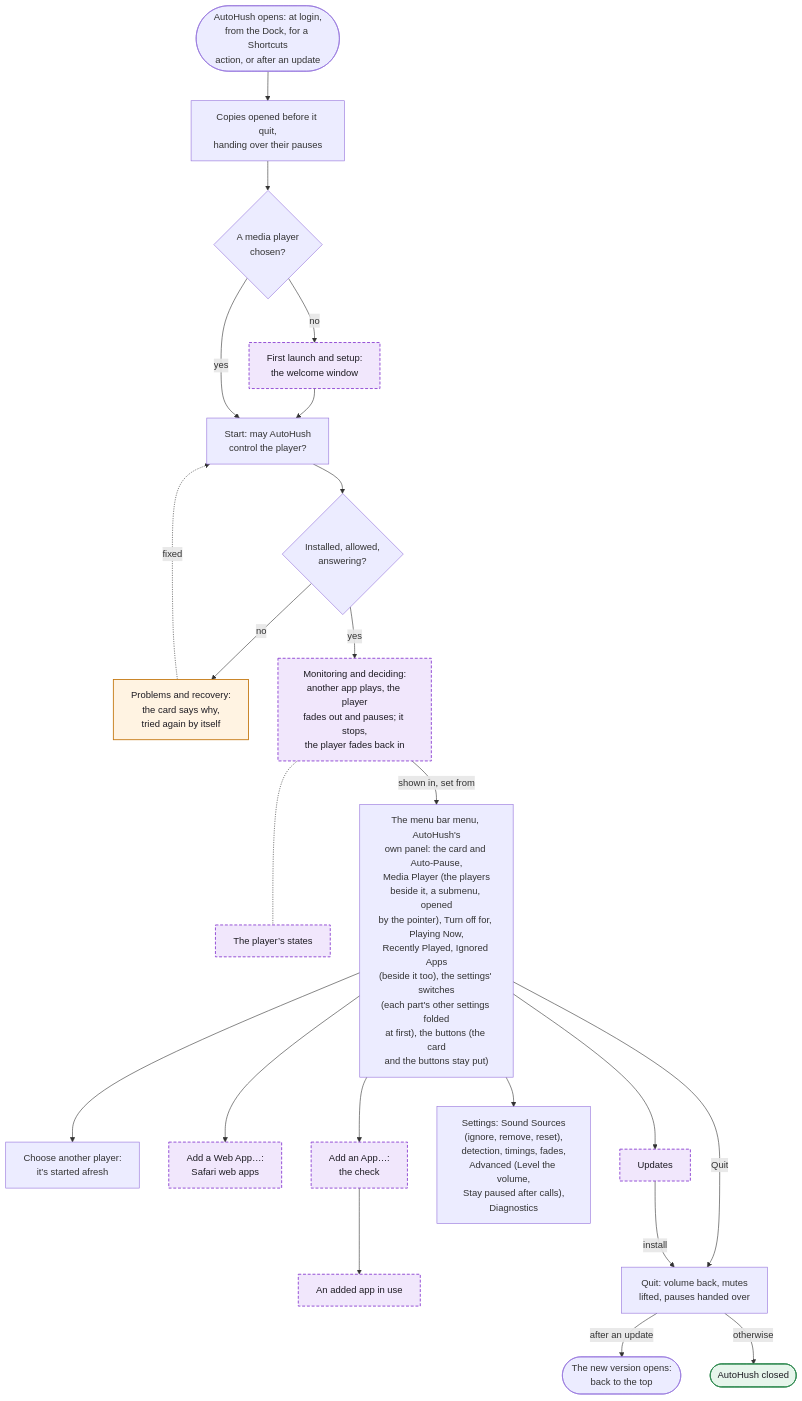
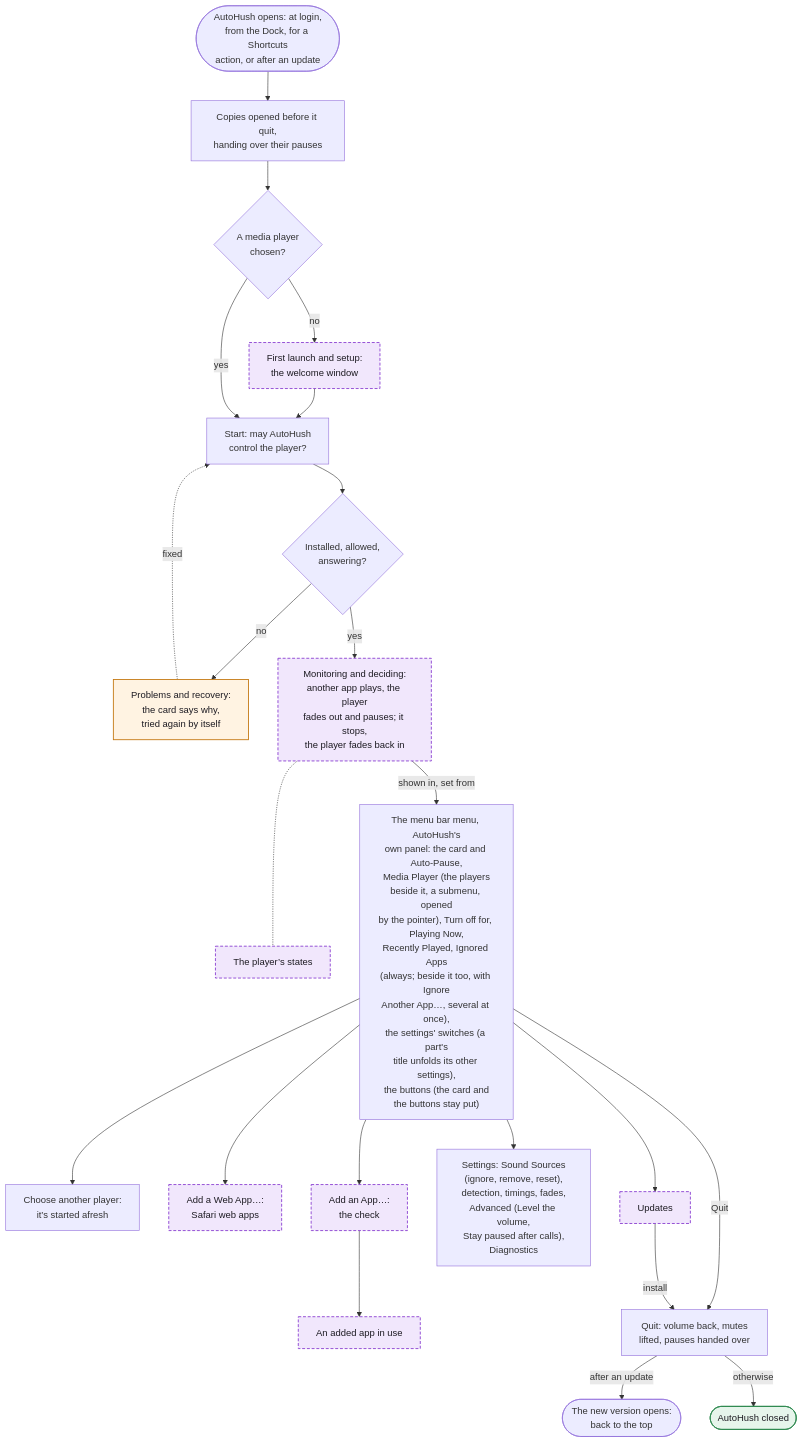
Before and after one commit to hfustercabre/AutoHush: the first of 14 diagrams in WORKFLOWS.md, drawn with Mermaid. The commit also changed other lines of this file, not shown here.

Commit message:
docs: the workflow charts follow the menu's latest changes
The overview's menu: Ignored Apps always there, with Ignore Another App…
for several apps at once, and a part's title unfolding its other settings.
What else changes monitoring: a click on the card turns Auto-Pause off too.

````diff
--- a/WORKFLOWS.md
+++ b/WORKFLOWS.md
@@ -24,48 +24,48 @@
 ```mermaid
 flowchart TD
   L(["AutoHush opens: at login,<br/>from the Dock, for a Shortcuts<br/>action, or after an update"])
   O["Copies opened before it quit,<br/>handing over their pauses"]
   C{"A media player<br/>chosen?"}
   W["First launch and setup:<br/>the welcome window"]
   S["Start: may AutoHush<br/>control the player?"]
   P{"Installed, allowed,<br/>answering?"}
   R["Problems and recovery:<br/>the card says why,<br/>tried again by itself"]
   M["Monitoring and deciding:<br/>another app plays, the player<br/>fades out and pauses; it stops,<br/>the player fades back in"]
   ST["The player’s states"]
-  MENU["The menu bar menu, AutoHush's<br/>own panel: the card and Auto-Pause,<br/>Media Player (the players<br/>beside it, a submenu, opened<br/>by the pointer), Turn off for, Playing Now,<br/>Recently Played, Ignored Apps<br/>(beside it too), the settings' switches<br/>(each part's other settings folded<br/>at first), the buttons (the card<br/>and the buttons stay put)"]
+  MENU["The menu bar menu, AutoHush's<br/>own panel: the card and Auto-Pause,<br/>Media Player (the players<br/>beside it, a submenu, opened<br/>by the pointer), Turn off for, Playing Now,<br/>Recently Played, Ignored Apps<br/>(always; beside it too, with Ignore<br/>Another App…, several at once),<br/>the settings' switches (a part's<br/>title unfolds its other settings),<br/>the buttons (the card and<br/>the buttons stay put)"]
   CH["Choose another player:<br/>it’s started afresh"]
   WA["Add a Web App…:<br/>Safari web apps"]
   AA["Add an App…:<br/>the check"]
   AU["An added app in use"]
   SET["Settings: Sound Sources<br/>(ignore, remove, reset),<br/>detection, timings, fades,<br/>Advanced (Level the volume,<br/>Stay paused after calls),<br/>Diagnostics"]
   UP["Updates"]
   Q["Quit: volume back, mutes<br/>lifted, pauses handed over"]
   RL(["The new version opens:<br/>back to the top"])
   QX(["AutoHush closed"])
 
   L --> O --> C
   C -->|"no"| W --> S
   C -->|"yes"| S
   S --> P
   P -->|"no"| R
   R -.->|"fixed"| S
   P -->|"yes"| M
   M -.- ST
   M -->|"shown in, set from"| MENU
   MENU --> CH
   MENU --> WA
   MENU --> AA --> AU
   MENU --> SET
   MENU --> UP
   MENU -->|"Quit"| Q
   UP -->|"install"| Q
   Q -->|"after an update"| RL
   Q -->|"otherwise"| QX
 
   class W,M,ST,WA,AA,AU,UP ref
   class R warn
   class QX done
   classDef ref fill:#f1e7fc,stroke:#8a3fd1,stroke-width:1.5px,stroke-dasharray: 5 3,color:#1d1b22
   classDef warn fill:#fff3e2,stroke:#c47812,stroke-width:1.5px,color:#1d1b22
   classDef done fill:#e6f5eb,stroke:#2f8a50,stroke-width:1.5px,color:#1d1b22
 ```
````
